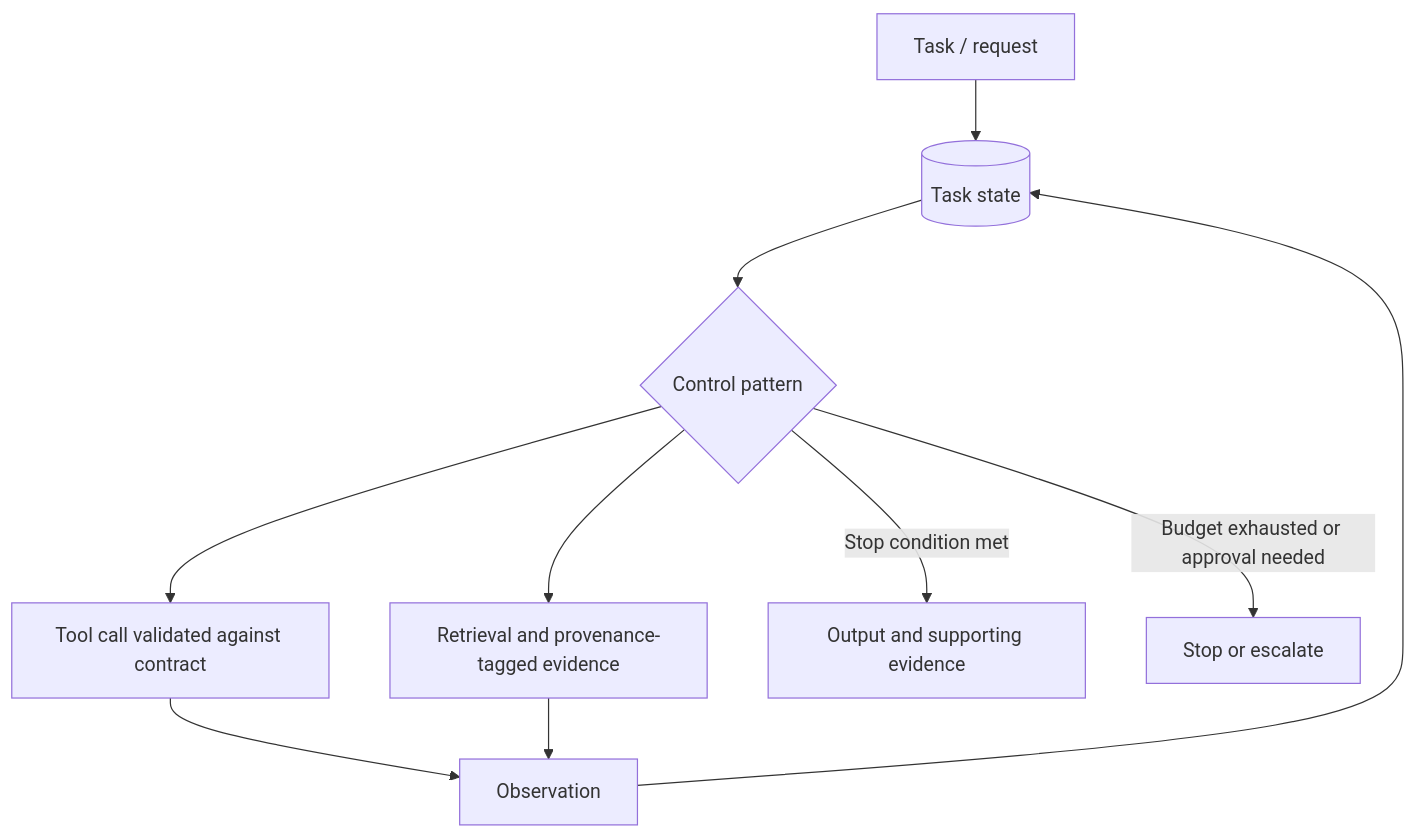
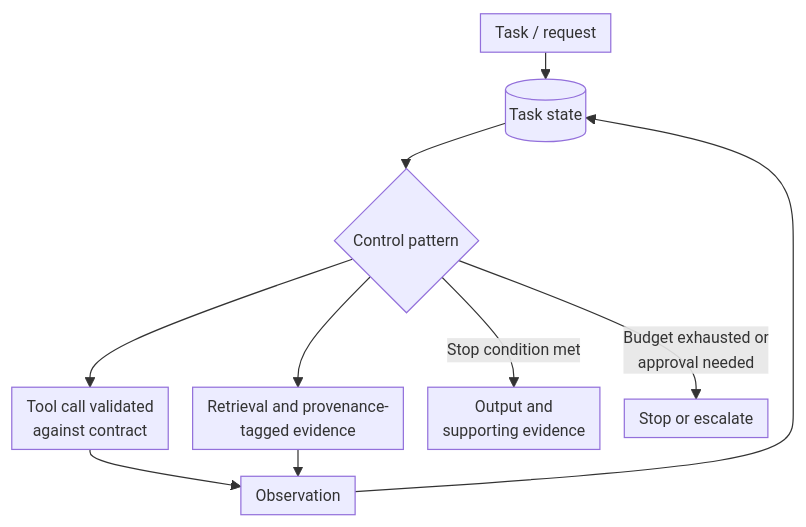
Before and after one commit to raoulbia-ai/agentic-ai-engineering-framework: the first of 2 diagrams in skill/references/02-build.md, drawn with Mermaid. The commit also changed other lines of this file and 4 other files, not shown here.

Commit message:
Make flowcharts more compact: uniform font and spacing, wrapped labels

````diff
--- a/skill/references/02-build.md
+++ b/skill/references/02-build.md
@@ -22,12 +22,13 @@
 ```mermaid
+%%{init: {"flowchart": {"nodeSpacing": 20, "rankSpacing": 22, "padding": 6, "wrappingWidth": 260}, "themeVariables": {"fontSize": "13px"}}}%%
 flowchart TD
     Req[Task / request] --> State[(Task state)]
     State --> CP{Control pattern}
-    CP --> Tool[Tool call validated against contract]
-    CP --> Ret[Retrieval and provenance-tagged evidence]
+    CP --> Tool[Tool call validated<br/>against contract]
+    CP --> Ret[Retrieval and provenance-<br/>tagged evidence]
     Tool --> Obs[Observation]
     Ret --> Obs
     Obs --> State
-    CP -->|Stop condition met| Out[Output and supporting evidence]
-    CP -->|Budget exhausted or approval needed| Hold[Stop or escalate]
+    CP -->|Stop condition met| Out[Output and<br/>supporting evidence]
+    CP -->|Budget exhausted or<br/>approval needed| Hold[Stop or escalate]
 ```
````
